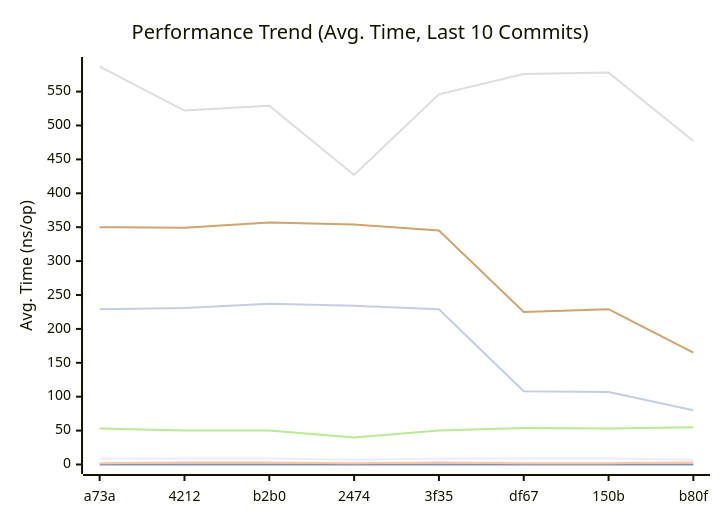
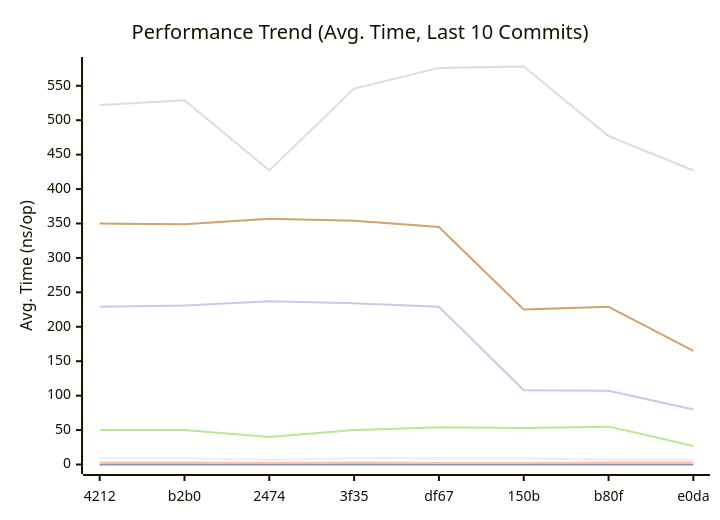
One commit to alsotoes/momo changed the first of 3 diagrams in docs/README.md. Above: the diagram before and after it, drawn with Mermaid. The commit also changed other lines of this file and 1 other file, not shown here.

````diff
--- a/docs/README.md
+++ b/docs/README.md
@@ -142,14 +142,14 @@
 ```mermaid
 xychart-beta
     title "Performance Trend (Avg. Time, Last 10 Commits)"
     x-axis "Commit"
     y-axis "Avg. Time (ns/op)"
-    x-axis [a73a,4212,b2b0,2474,3f35,df67,150b,b80f]
-    line "CheckMetricsAndSwap" [9,9,9,7,9,9,9,7,7,7]
+    x-axis [4212,b2b0,2474,3f35,df67,150b,b80f,e0da]
+    line "CheckMetricsAndSwap" [9,9,7,9,9,9,7,7,7,7]
     line "IndexDirectTracking" [0,0,0,0,0,0,0,0,0,0]
-    line "IndexSearch" [2,3,3,2,3,2,2,3,3,3]
-    line "LoadGlobalConfig" [587,522,529,427,546,576,578,477,427,466]
-    line "PadString" [53,50,50,40,50,54,53,55,27,29]
+    line "IndexSearch" [3,3,2,3,2,2,3,3,3,3]
+    line "LoadGlobalConfig" [522,529,427,546,576,578,477,427,466,453]
+    line "PadString" [50,50,40,50,54,53,55,27,29,29]
     line "ParseReplicationOrder_NoPrealloc" [350,349,357,354,345,225,229,165,232,234]
     line "ParseReplicationOrder_Prealloc" [229,231,237,234,229,108,107,80,110,109]
 ```
````
